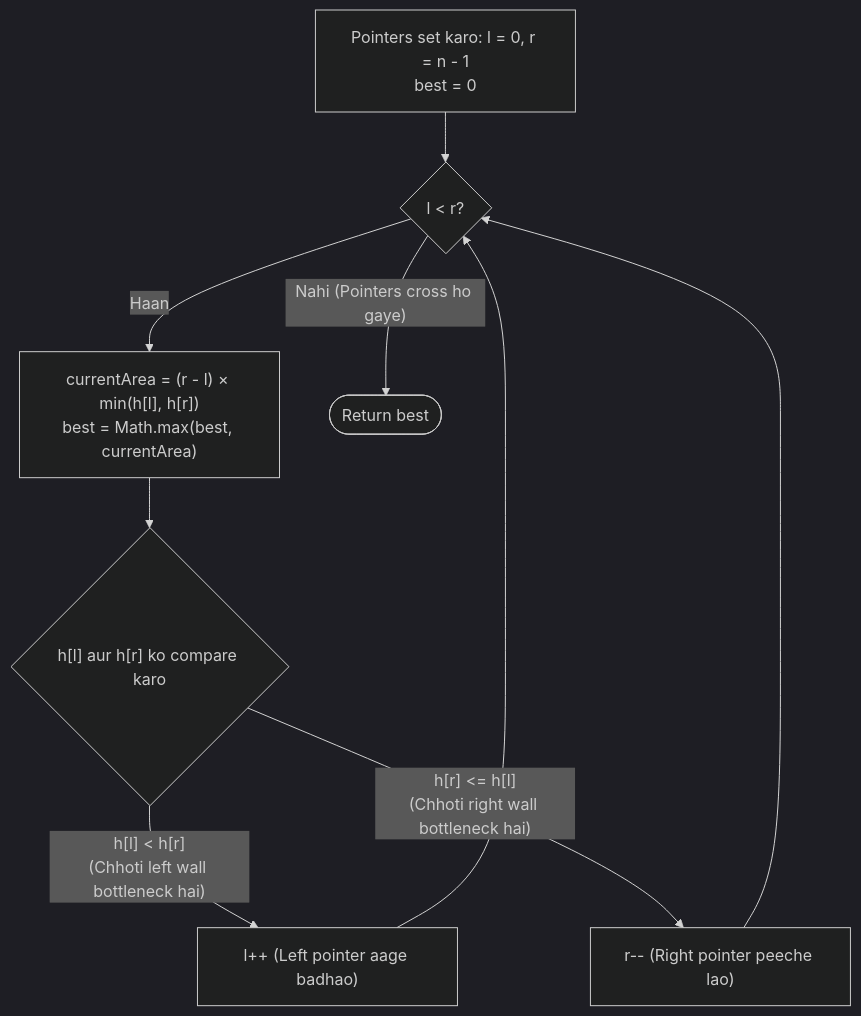
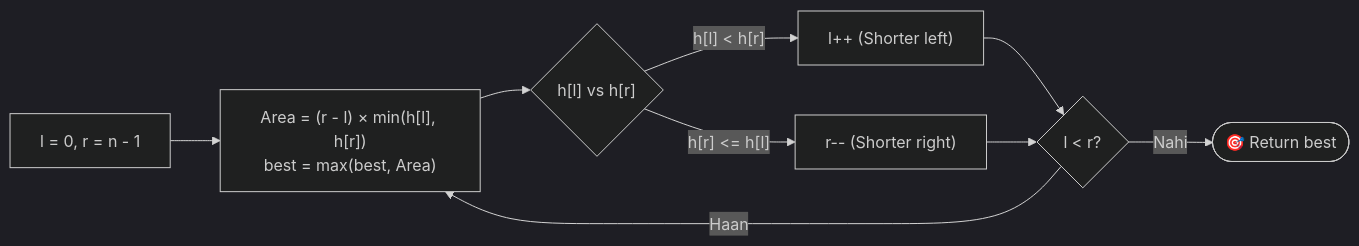
Before and after one commit to Kali-Prem/dsa-logic-building-playbook: the eighth of 11 diagrams in README.md, drawn with Mermaid (dark theme). The commit also changed other lines of this file, not shown here.

Commit message:
optimize flowcharts to compact horizontal LR layout for GitHub

````diff
--- a/README.md
+++ b/README.md
@@ -1148,14 +1123,11 @@
 ```mermaid
-flowchart TD
-    Init["Pointers set karo: l = 0, r = n - 1<br/>best = 0"] --> Loop{"l < r?"}
-    Loop -->|"Haan"| CalcArea["currentArea = (r - l) × min(h[l], h[r])<br/>best = Math.max(best, currentArea)"]
-    
-    CalcArea --> Compare{"h[l] aur h[r] ko compare karo"}
-    Compare -->|"h[l] < h[r]<br/>(Chhoti left wall bottleneck hai)"| IncL["l++ (Left pointer aage badhao)"]
-    Compare -->|"h[r] <= h[l]<br/>(Chhoti right wall bottleneck hai)"| DecR["r-- (Right pointer peeche lao)"]
-    
-    IncL --> Loop
-    DecR --> Loop
-    
-    Loop -->|"Nahi (Pointers cross ho gaye)"| Done(["Return best"])
+flowchart LR
+    Start["l = 0, r = n - 1"] --> Calc["Area = (r - l) × min(h[l], h[r])<br/>best = max(best, Area)"]
+    Calc --> Comp{"h[l] vs h[r]"}
+    Comp -->|"h[l] < h[r]"| MoveL["l++ (Shorter left)"]
+    Comp -->|"h[r] <= h[l]"| MoveR["r-- (Shorter right)"]
+    MoveL --> Check{"l < r?"}
+    MoveR --> Check
+    Check -->|"Haan"| Calc
+    Check -->|"Nahi"| Done(["🎯 Return best"])
 ```
````
